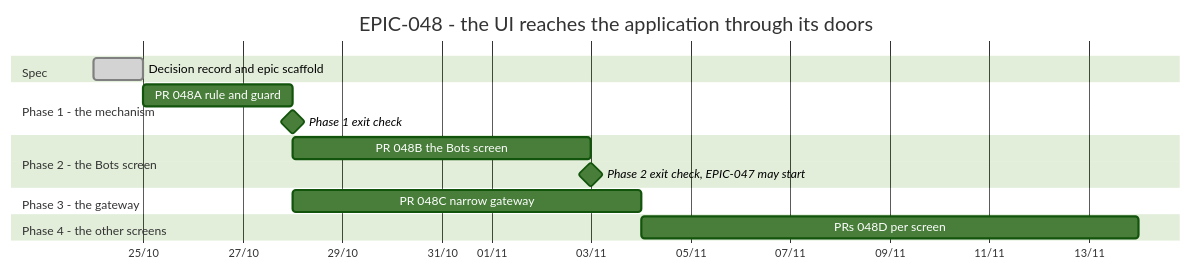
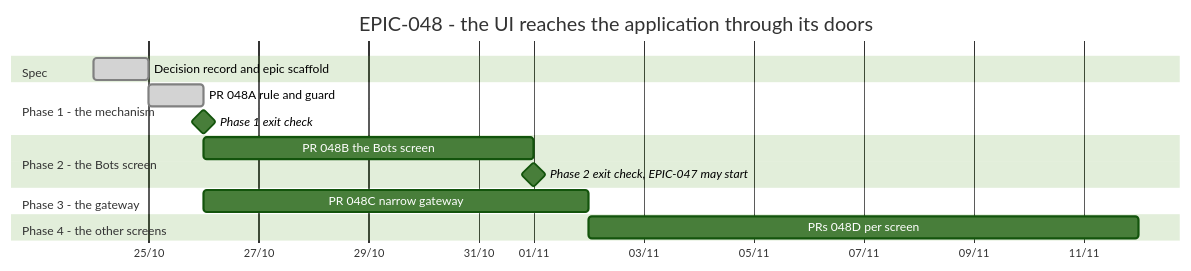
The diagram in Tasks/epics/EPIC-048_ui_reaches_the_application_through_its_doors/TRACKING.md (anhembedded/Sagittarius_Elite_Warrior), drawn with Mermaid (forest theme) before and after one commit. The commit also changed other lines of this file and 19 other files, not shown here.

````diff
--- a/Tasks/epics/EPIC-048_ui_reaches_the_application_through_its_doors/TRACKING.md
+++ b/Tasks/epics/EPIC-048_ui_reaches_the_application_through_its_doors/TRACKING.md
@@ -12,24 +12,24 @@
 ```mermaid
 gantt
     title EPIC-048 - the UI reaches the application through its doors
     dateFormat  YYYY-MM-DD
     axisFormat  %d/%m
     todayMarker stroke-width:2px,stroke:#d33,opacity:0.6
 
     section Spec
     Decision record and epic scaffold     :done,    s1, 2026-10-24, 1d
 
     section Phase 1 - the mechanism
-    PR 048A rule and guard                :         p1, after s1, 3d
+    PR 048A rule and guard                :done,    p1, after s1, 1d
     Phase 1 exit check                    :milestone, m1, after p1, 0d
 
     section Phase 2 - the Bots screen
     PR 048B the Bots screen               :         p2, after m1, 6d
     Phase 2 exit check, EPIC-047 may start :milestone, m2, after p2, 0d
 
     section Phase 3 - the gateway
     PR 048C narrow gateway                :         p3, after m1, 7d
 
     section Phase 4 - the other screens
     PRs 048D per screen                   :         p4, after p3, 10d
 ```
````
